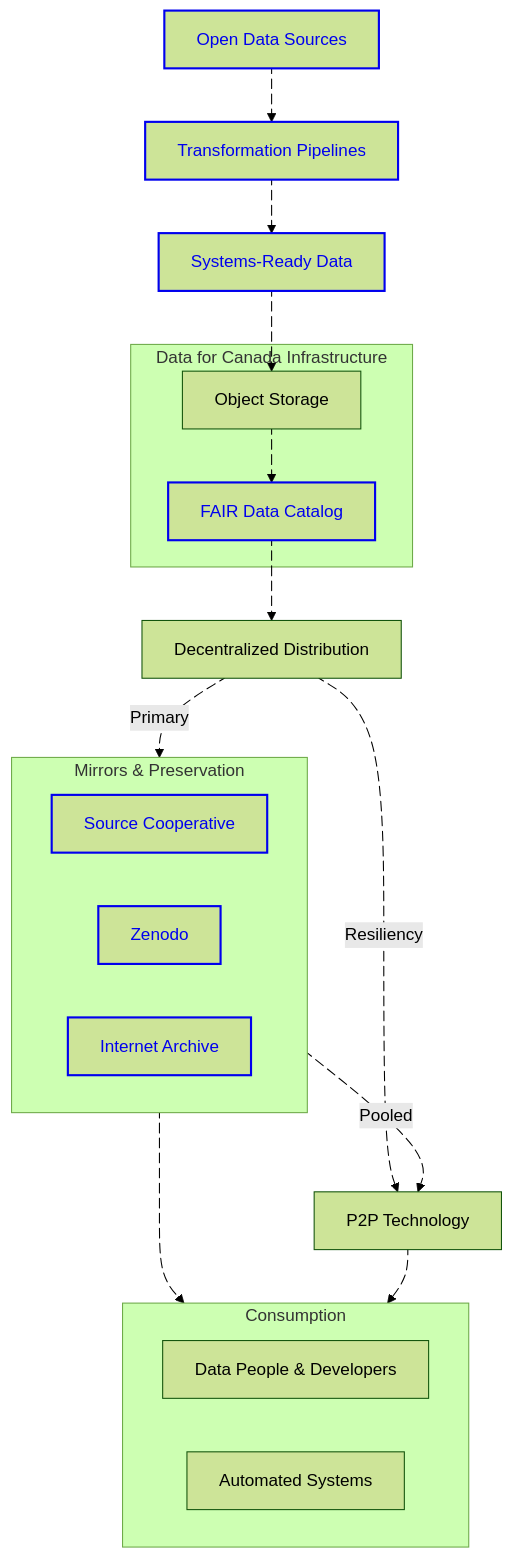
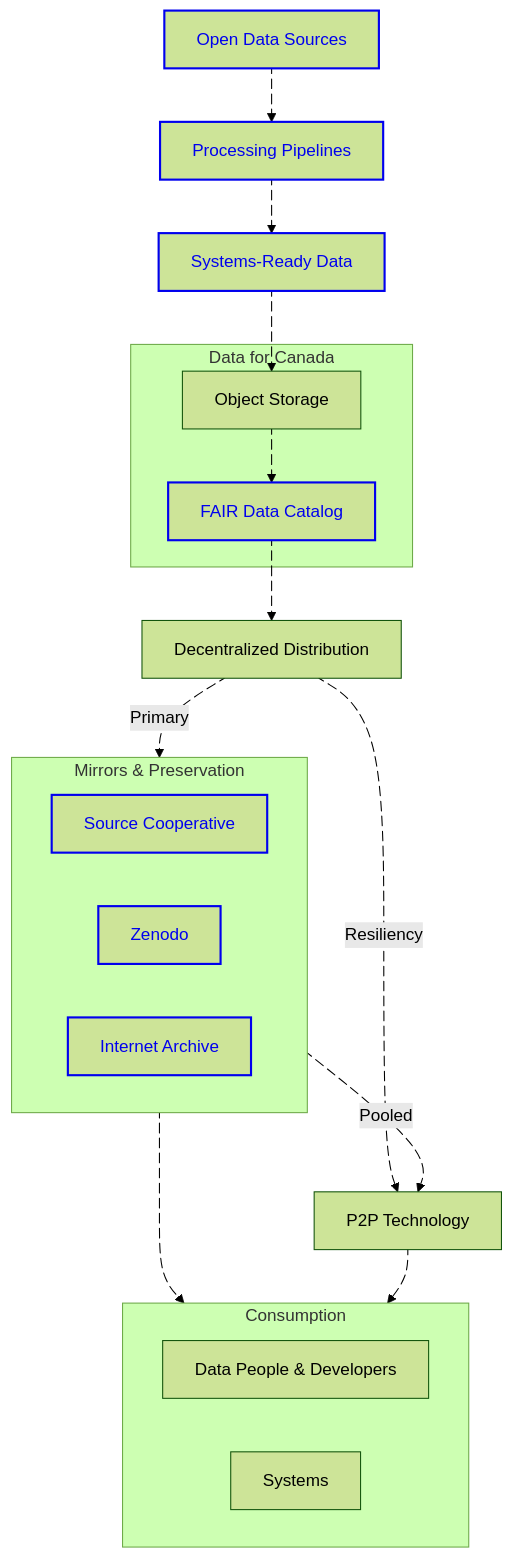
One commit to dataforcanada/www.dataforcanada.org changed the first of 2 diagrams in content/docs/dissemination/_index.md. Above: the diagram before and after it, drawn with Mermaid (forest theme). The commit also changed other lines of this file, not shown here.

Commit message:
Update high-level overview of data dissemination strategy

````diff
--- a/content/docs/dissemination/_index.md
+++ b/content/docs/dissemination/_index.md
@@ -14,72 +14,72 @@
 ```mermaid
 flowchart TD
     classDef linkNode stroke:#0000EE,color:#0000EE,stroke-width:2px;
     subgraph mirrors [Mirrors & Preservation]
         SourceCoop[Source Cooperative]
         Zenodo[Zenodo]
         InternetArchive[Internet Archive]
     end
 
     Sources[Open Data Sources]
-    Processes[Transformation Pipelines]
+    Processes[Processing Pipelines]
     Artifacts[Systems-Ready Data]
     
-    subgraph CoreInfra [Data for Canada Infrastructure]
+    subgraph CoreInfra [Data for Canada]
         Portal[Object Storage]
         Metadata[FAIR Data Catalog]
     end
     
     Distribution[Decentralized Distribution]
     Torrent["P2P Technology"]
     
     subgraph Consumers [Consumption]
         Users[Data People & Developers]
-        Systems[Automated Systems]
+        Systems[Systems]
     end
 
     %% Flow with Animations
     Sources a1@--> Processes
     a1@{animate: true, animation: slow}
     
     Processes a2@--> Artifacts
     a2@{animate: true, animation: slow}
     
     Artifacts a3@--> Portal
     a3@{animate: true, animation: slow}
     
     Portal a4@--> Metadata
     a4@{animate: true, animation: fast}
     
     Metadata a5@--> Distribution
     a5@{animate: true, animation: fast}
 
     %% Distribution Logic
     Distribution a7@-.->|Primary| mirrors
     a7@{animate: true, animation: slow}
     
     Distribution a8@-.->|Resiliency| Torrent
     a8@{animate: true, animation: slow}
 
     %% Mirror Connections
     mirrors a12@--> Consumers
     a12@{animate: true, animation: slow}
     
     mirrors a9@-.->|Pooled| Torrent
     a9@{animate: true, animation: fast}
 
     %% Torrent Connections
     Torrent a10@--> Consumers
     a10@{animate: true, animation: fast}
     
     %% Click Actions
     click Sources "https://www.dataforcanada.org/#high-level-overview" _blank
     click Processes "https://www.dataforcanada.org/docs/processes/" _blank
     click Artifacts "https://www.dataforcanada.org/docs/getting_started/" _blank
     click Metadata "https://stac-utils.github.io/stac-geoparquet/latest/spec/stac-geoparquet-spec/" _blank
     click Zenodo "https://zenodo.org/communities/dataforcanada/" _blank
     click SourceCoop "https://source.coop/dataforcanada/" _blank
     click InternetArchive "https://archive.org/details/@diegoripley/uploads/" _blank
 
     %% APPLY STYLES TO LINKED NODES
     class Sources,Processes,Artifacts,Metadata,SourceCoop,Zenodo,InternetArchive linkNode
 ```
````
